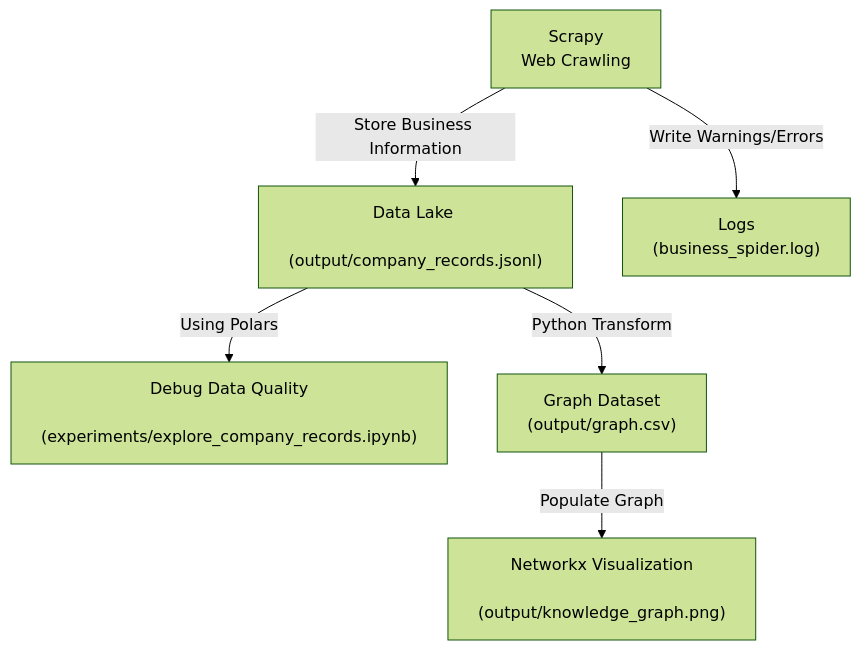
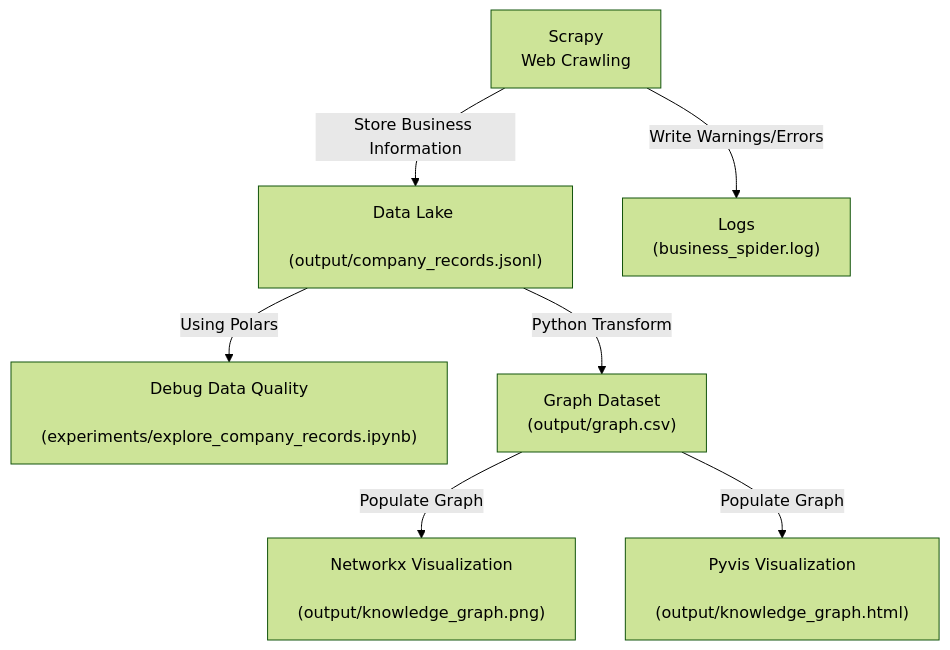
The diagram in README.md (hamsburger/Sayari_Data_Task), drawn with Mermaid (forest theme) before and after one commit. The commit also changed other lines of this file and 3 other files, not shown here.

Commit message:
Update README. Pyvis visualization working!

````diff
--- a/README.md
+++ b/README.md
@@ -44,21 +52,24 @@
 ```mermaid
     graph TD
         A --Store Business Information--> B
         A --Write Warnings/Errors--> F
         B --Using Polars--> E
         B --Python Transform--> C
         C --Populate Graph--> D
+        C --Populate Graph--> G
         
         A["""Scrapy
         Web Crawling"""]
         B["""Data Lake 
         (output/company_records.jsonl)"""]
         C["""Graph Dataset 
         (output/graph.csv)"""]
         D["""Networkx Visualization
         (output/knowledge_graph.png)"""]
         E["""Debug Data Quality
         (experiments/explore_company_records.ipynb)"""]
         F["""Logs
         (business_spider.log)"""]
+        G["""Pyvis Visualization
+        (output/knowledge_graph.html)"""]  
 ```
````
